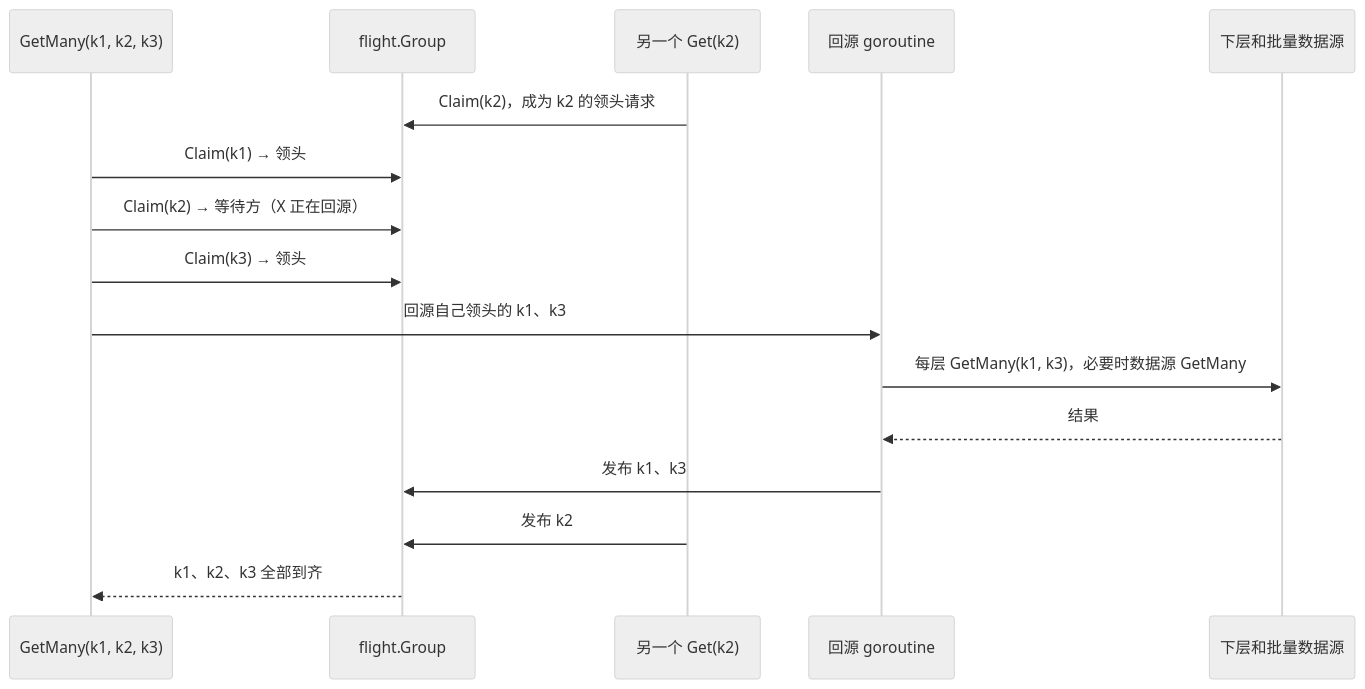
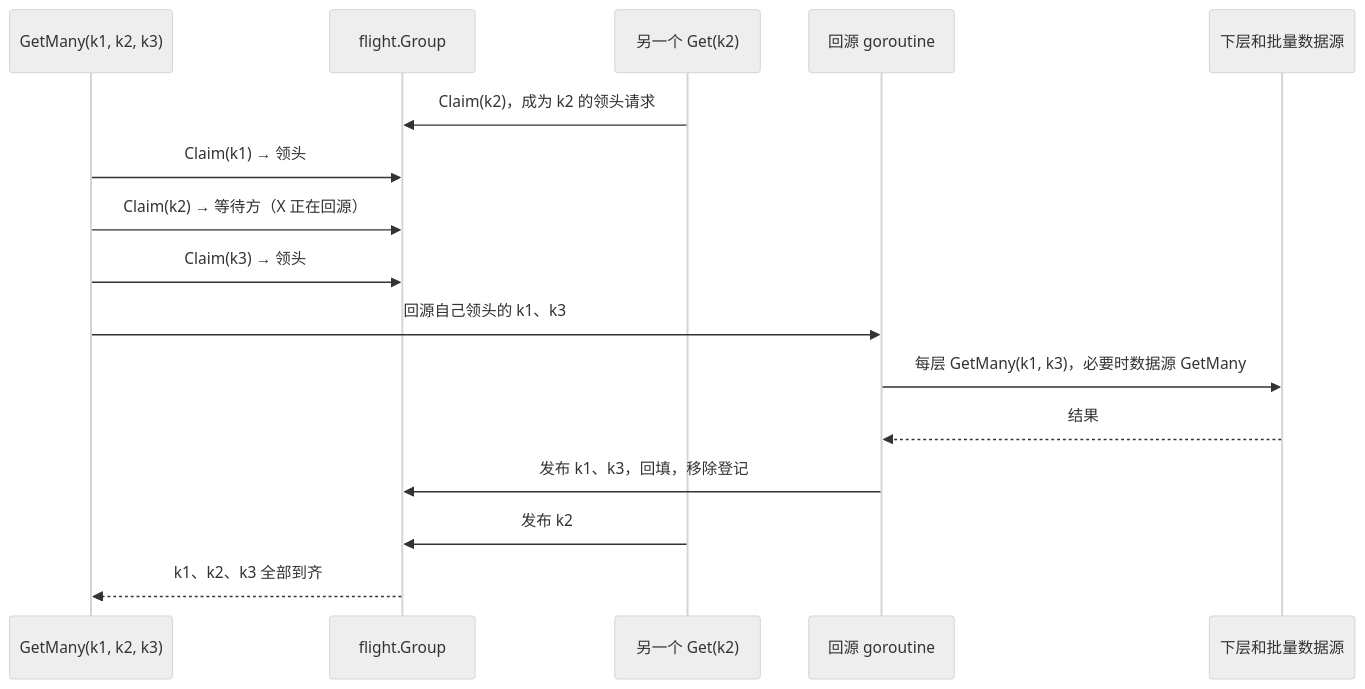
The second of 2 diagrams in docs/design/singleflight.md (theplant/cachex), drawn with Mermaid (neutral theme) before and after one commit. The commit also changed other lines of this file and 6 other files, not shown here.

````diff
--- a/docs/design/singleflight.md
+++ b/docs/design/singleflight.md
@@ -124,18 +141,18 @@
 ```mermaid
 sequenceDiagram
     participant M as GetMany(k1, k2, k3)
     participant G as flight.Group
     participant X as 另一个 Get(k2)
     participant F as 回源 goroutine
     participant S as 下层和批量数据源
     X->>G: Claim(k2)，成为 k2 的领头请求
     M->>G: Claim(k1) → 领头
     M->>G: Claim(k2) → 等待方（X 正在回源）
     M->>G: Claim(k3) → 领头
     M->>F: 回源自己领头的 k1、k3
     F->>S: 每层 GetMany(k1, k3)，必要时数据源 GetMany
     S-->>F: 结果
-    F->>G: 发布 k1、k3
+    F->>G: 发布 k1、k3，回填，移除登记
     X->>G: 发布 k2
     G-->>M: k1、k2、k3 全部到齐
 ```
````
